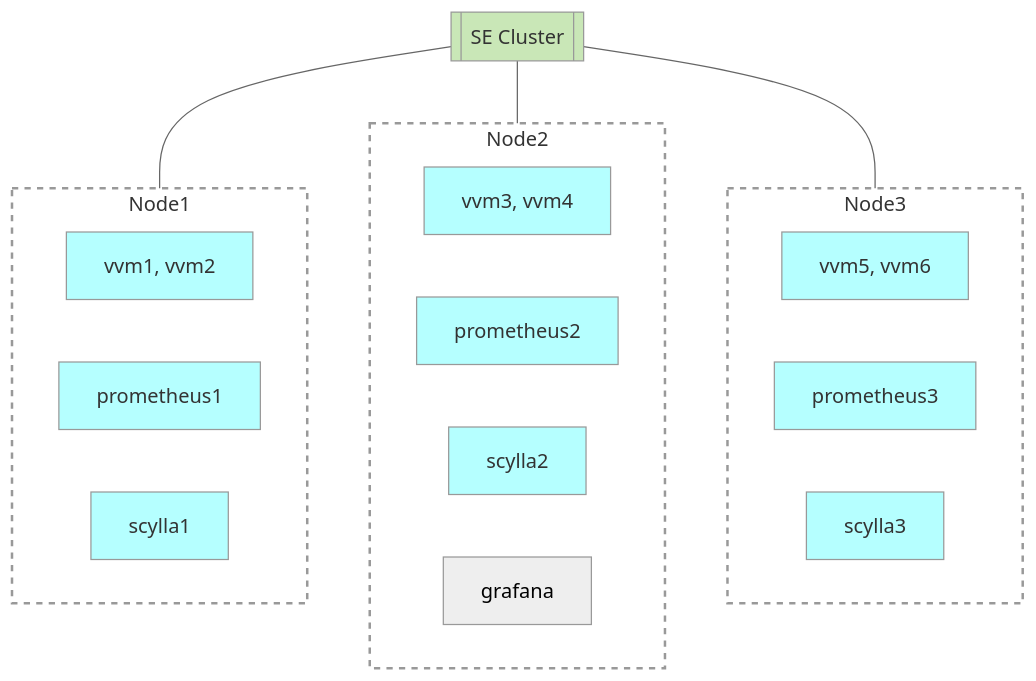
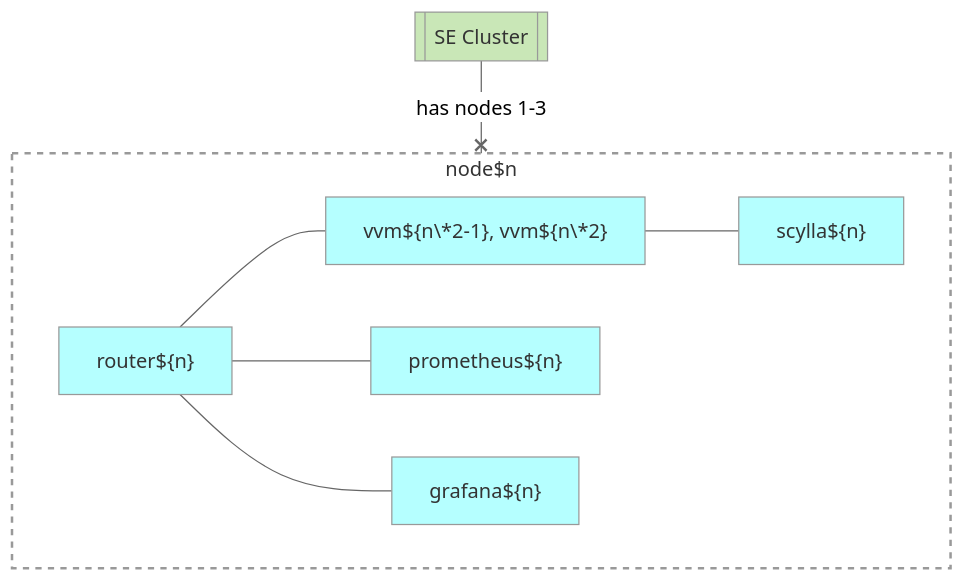
The diagram in concepts/editions/se.md (voedger/voedger-internals), drawn with Mermaid (neutral theme) before and after one commit.

Commit message:
Refactor SE cluster diagram to use dynamic node and router naming for improved clarity

````diff
--- a/concepts/editions/se.md
+++ b/concepts/editions/se.md
@@ -30,45 +30,31 @@
 ```mermaid
   graph TD
 
   %% Entities
 
   SECluster[[SE Cluster]]:::H
 
-  Node1:::G
-  Node2:::G
-  Node3:::G
+  Node1["Node${n}"]:::G
 
-  subgraph Node1
-    direction LR
-    vvm12[vvm1, vvm2]:::S
-    prometheus1:::S
-    scylla1:::S
-  end
-
-  subgraph Node2
-    direction LR
-    vvm34[vvm3, vvm4]:::S
-    prometheus2:::S
-    scylla2:::S
-    grafana
-  end
-
-  subgraph Node3
-    direction LR
-    vvm56[vvm5, vvm6]:::S
-    prometheus3:::S
-    scylla3:::S
+  subgraph Node1["node$n"]
+    router1["router${n}"]:::S
+    vvm12["vvm${n\*2-1}, vvm${n\*2}"]:::S
+    prometheus1["prometheus${n}"]:::S
+    scylla1["scylla${n}"]:::S
+    grafana1["grafana${n}"]:::S
+    router1 --- vvm12
+    router1 --- prometheus1
+    router1 --- grafana1
+    vvm12 --- scylla1
   end
 
   %% Relations
 
-  SECluster --- Node1
-  SECluster --- Node2
-  SECluster --- Node3
+  SECluster --x |has nodes 1-3| Node1
+
 
   classDef B fill:#FFFFB5,color:#333
   classDef S fill:#B5FFFF,color:#333
   classDef H fill:#C9E7B7,color:#333
-  classDef G fill:#ffffff15, stroke:#999, stroke-width:2px, stroke-dasharray: 5 5  
-  
+  classDef G fill:#ffffff15, stroke:#999, stroke-width:2px, stroke-dasharray: 5 5
 ```  
````
